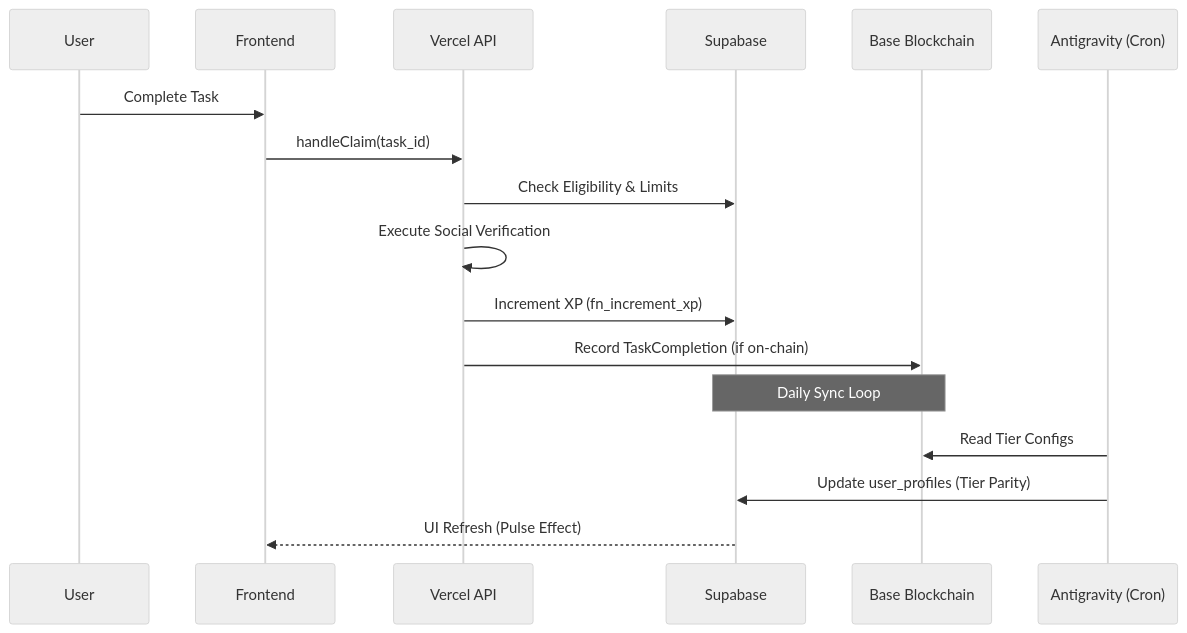
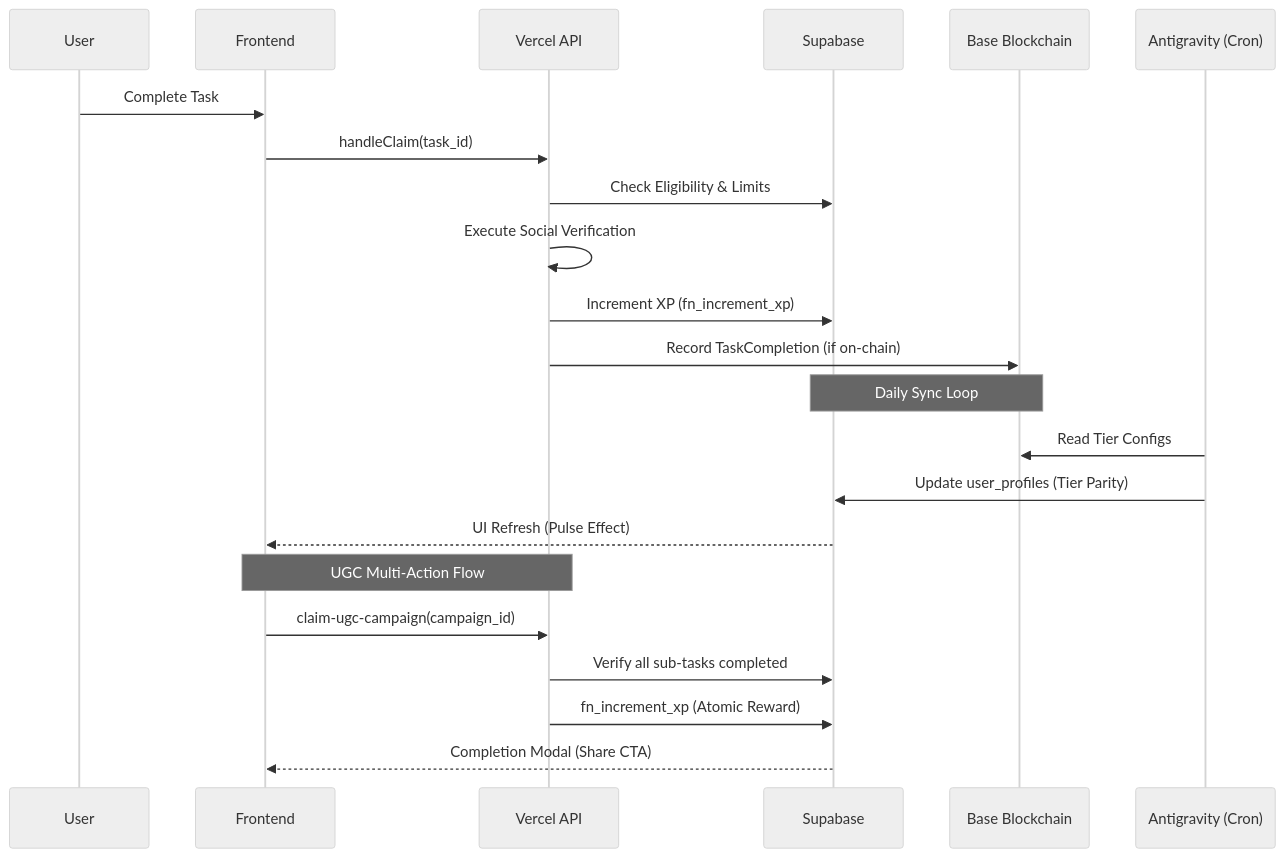
Before and after one commit to cryptodiscolab/Crypto_Discovery_App: the second of 10 diagrams in .agents/MASTER_COGNITIVE_MAP.md, drawn with Mermaid (neutral theme). The commit also changed other lines of this file and 12 other files, not shown here.

Commit message:
feat: implement UGC multi-action mission pipeline and all-or-nothing claim system v3.57.0

````diff
--- a/.agents/MASTER_COGNITIVE_MAP.md
+++ b/.agents/MASTER_COGNITIVE_MAP.md
@@ -69,21 +69,27 @@
 ```mermaid
 sequenceDiagram
     participant U as User
     participant FE as Frontend
     participant API as Vercel API
     participant DB as Supabase
     participant BC as Base Blockchain
     participant AG as Antigravity (Cron)
 
     U->>FE: Complete Task
     FE->>API: handleClaim(task_id)
     API->>DB: Check Eligibility & Limits
     API->>API: Execute Social Verification
     API->>DB: Increment XP (fn_increment_xp)
     API->>BC: Record TaskCompletion (if on-chain)
     
     Note over DB,BC: Daily Sync Loop
     AG->>BC: Read Tier Configs
     AG->>DB: Update user_profiles (Tier Parity)
     DB-->>FE: UI Refresh (Pulse Effect)
+
+    Note over FE,API: UGC Multi-Action Flow
+    FE->>API: claim-ugc-campaign(campaign_id)
+    API->>DB: Verify all sub-tasks completed
+    API->>DB: fn_increment_xp (Atomic Reward)
+    DB-->>FE: Completion Modal (Share CTA)
 ```
````
